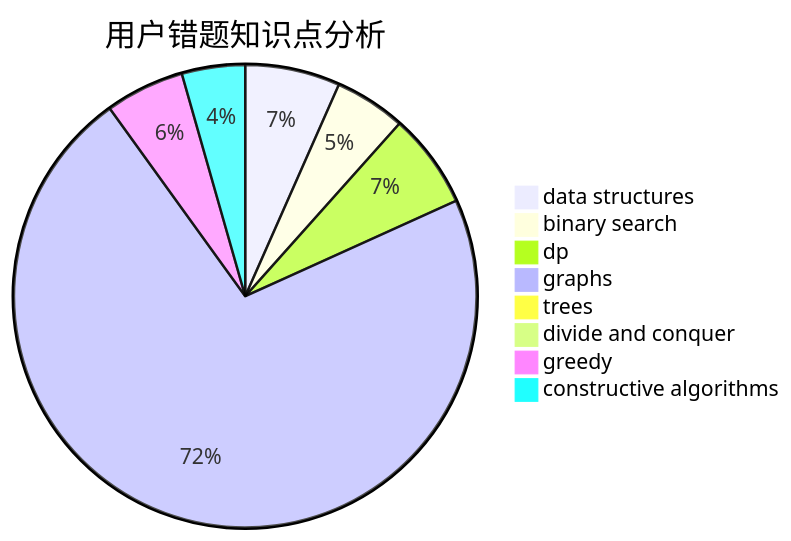
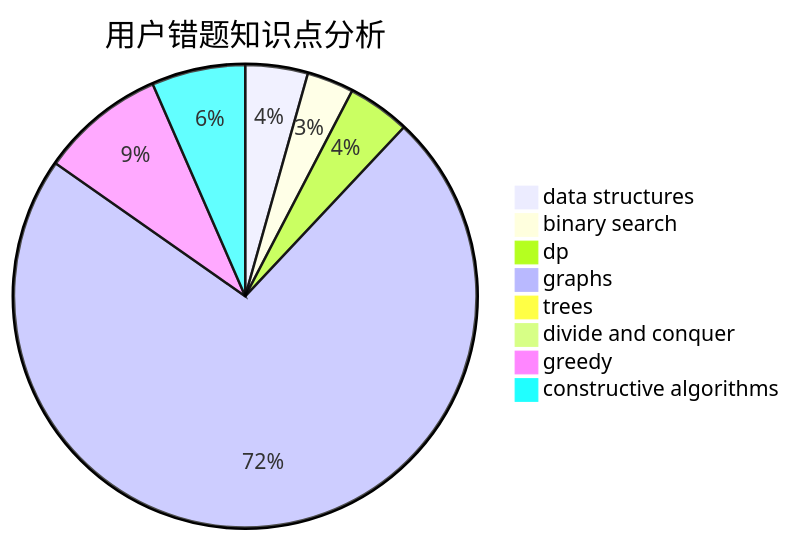
Before and after one commit to sherpahu/cfrs.github.io: the third of 3 diagrams in docs/user/u322.md, drawn with Mermaid. The commit also changed other lines of this file and 2770 other files, not shown here.

````diff
--- a/docs/user/u322.md
+++ b/docs/user/u322.md
@@ -36,11 +36,11 @@
 ```mermaid
 pie title 用户错题知识点分析
     "data structures" :  12
     "binary search" :  9
     "dp" :  12
-    "graphs" :  130
-    "trees" :  0
+    "graphs" :  200
+    "trees" :  2
     "divide and conquer" :  0
-    "greedy" :  10
-    "constructive algorithms" :  8
+    "greedy" :  24
+    "constructive algorithms" :  18
 ```
````
